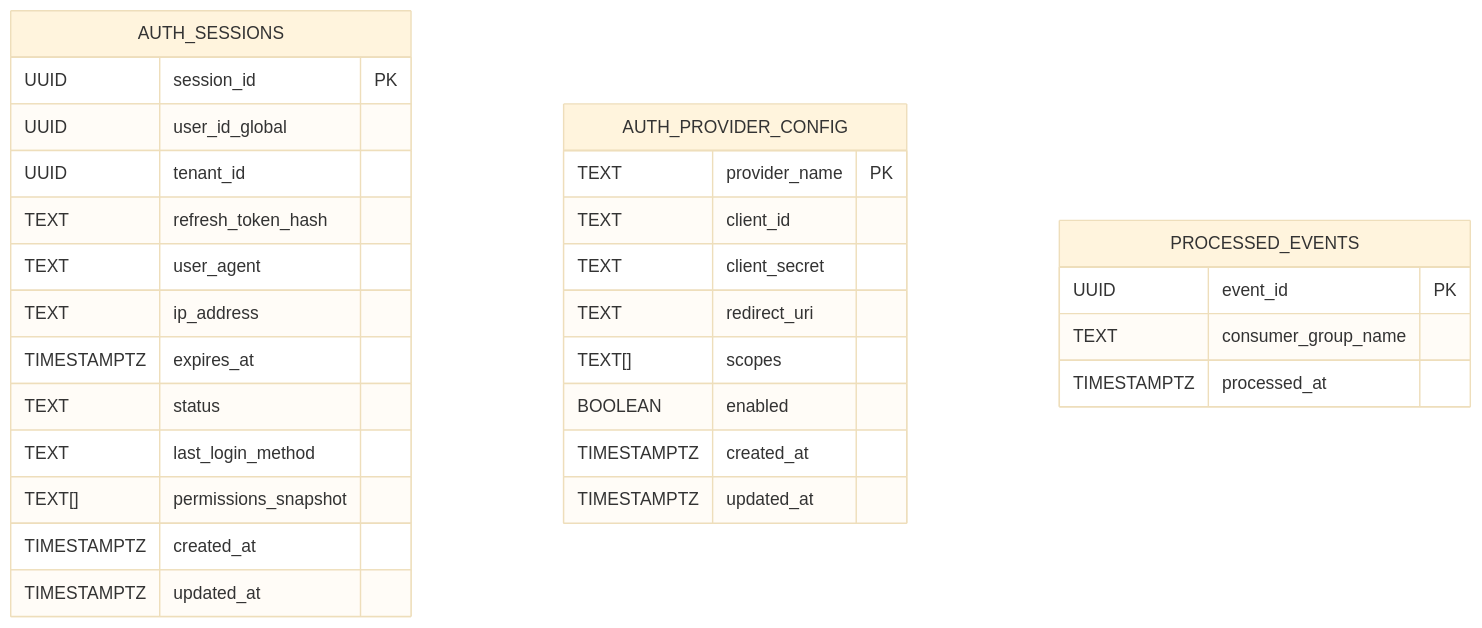
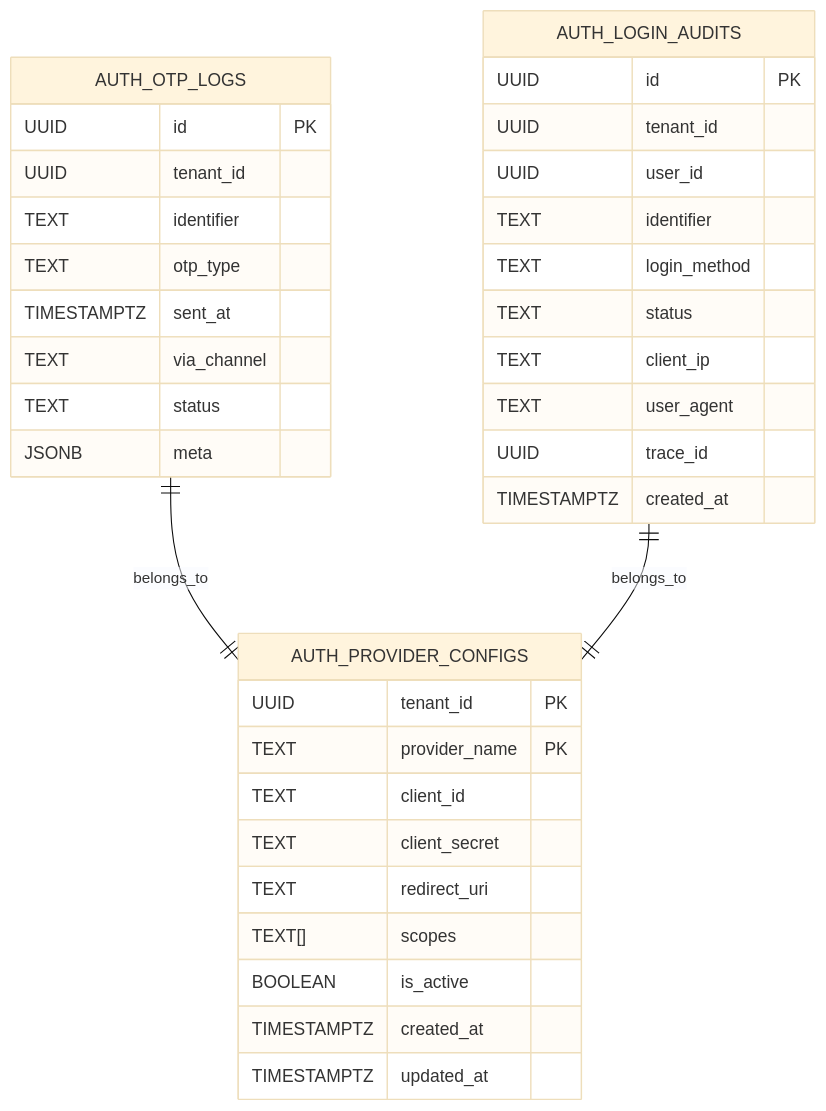
One commit to ezdesign-vn/dx-vas changed the diagram in docs/services/auth-service/master/data-model.md. Above: the diagram before and after it, drawn with Mermaid (base theme). The commit also changed other lines of this file and 9 other files, not shown here.

````diff
--- a/docs/services/auth-service/master/data-model.md
+++ b/docs/services/auth-service/master/data-model.md
@@ -47,34 +99,41 @@
 ```mermaid
 erDiagram
-    AUTH_SESSIONS {
-        UUID session_id PK
-        UUID user_id_global
-        UUID tenant_id
-        TEXT refresh_token_hash
-        TEXT user_agent
-        TEXT ip_address
-        TIMESTAMPTZ expires_at
-        TEXT status
-        TEXT last_login_method
-        TEXT[] permissions_snapshot
-        TIMESTAMPTZ created_at
-        TIMESTAMPTZ updated_at
-    }
-
-    AUTH_PROVIDER_CONFIG {
+    AUTH_PROVIDER_CONFIGS {
+        UUID tenant_id PK
         TEXT provider_name PK
         TEXT client_id
         TEXT client_secret
         TEXT redirect_uri
         TEXT[] scopes
-        BOOLEAN enabled
+        BOOLEAN is_active
         TIMESTAMPTZ created_at
         TIMESTAMPTZ updated_at
     }
 
-    PROCESSED_EVENTS {
-        UUID event_id PK
-        TEXT consumer_group_name
-        TIMESTAMPTZ processed_at
+    AUTH_OTP_LOGS {
+        UUID id PK
+        UUID tenant_id
+        TEXT identifier
+        TEXT otp_type
+        TIMESTAMPTZ sent_at
+        TEXT via_channel
+        TEXT status
+        JSONB meta
     }
+
+    AUTH_LOGIN_AUDITS {
+        UUID id PK
+        UUID tenant_id
+        UUID user_id
+        TEXT identifier
+        TEXT login_method
+        TEXT status
+        TEXT client_ip
+        TEXT user_agent
+        UUID trace_id
+        TIMESTAMPTZ created_at
+    }
+
+    AUTH_OTP_LOGS ||--|| AUTH_PROVIDER_CONFIGS : belongs_to
+    AUTH_LOGIN_AUDITS ||--|| AUTH_PROVIDER_CONFIGS : belongs_to
 ```
````
